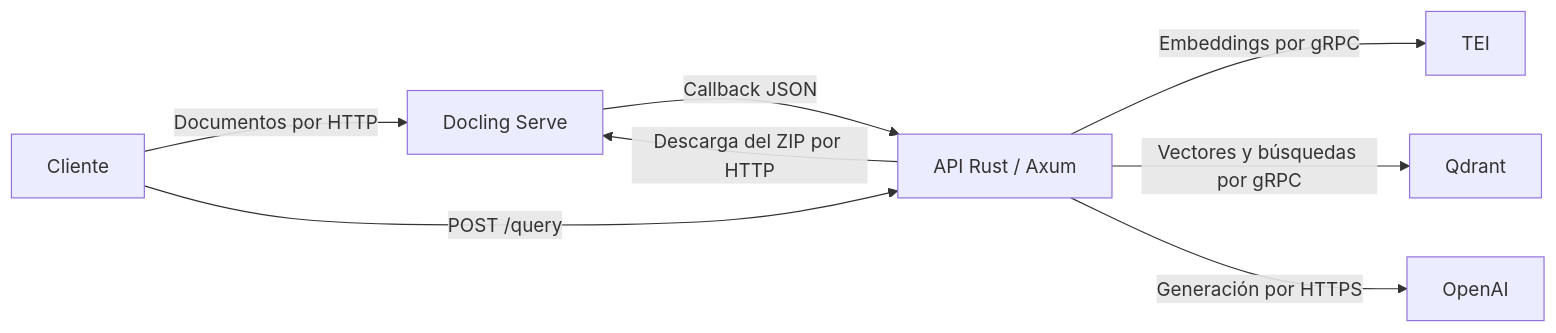
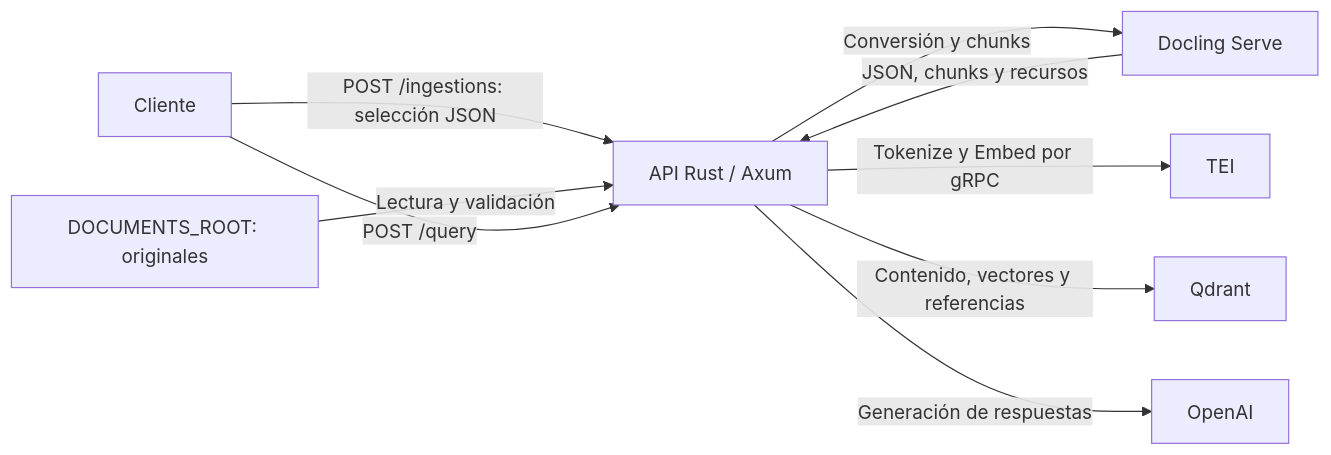
The diagram in README.md (jdarealle/tisenda-api), drawn with Mermaid before and after one commit. The commit also changed other lines of this file and 34 other files, not shown here.

````diff
--- a/README.md
+++ b/README.md
@@ -9,10 +7,11 @@
 ```mermaid
 flowchart LR
-    Cliente -->|Documentos por HTTP|Docling[Docling Serve]
-    Docling -->|Callback JSON|API[API Rust / Axum]
-    API -->|Descarga del ZIP por HTTP|Docling
-    API -->|Embeddings por gRPC|TEI
-    API -->|Vectores y búsquedas por gRPC|Qdrant
+    Cliente -->|POST /ingestions: selección JSON|API[API Rust / Axum]
+    Origen[DOCUMENTS_ROOT: originales] -->|Lectura y validación|API
+    API -->|Conversión y chunks|Docling[Docling Serve]
+    Docling -->|JSON, chunks y recursos|API
+    API -->|Tokenize y Embed por gRPC|TEI
+    API -->|Contenido, vectores y referencias|Qdrant
     Cliente -->|POST /query|API
-    API -->|Generación por HTTPS|OpenAI
+    API -->|Generación de respuestas|OpenAI
 ```
````
